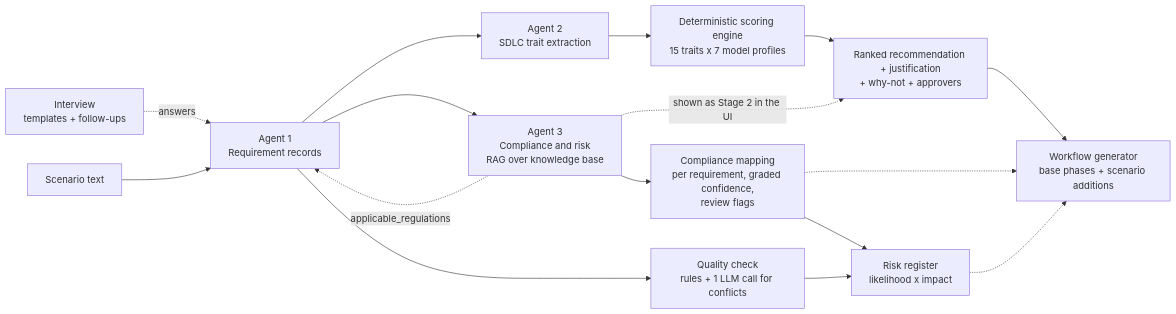
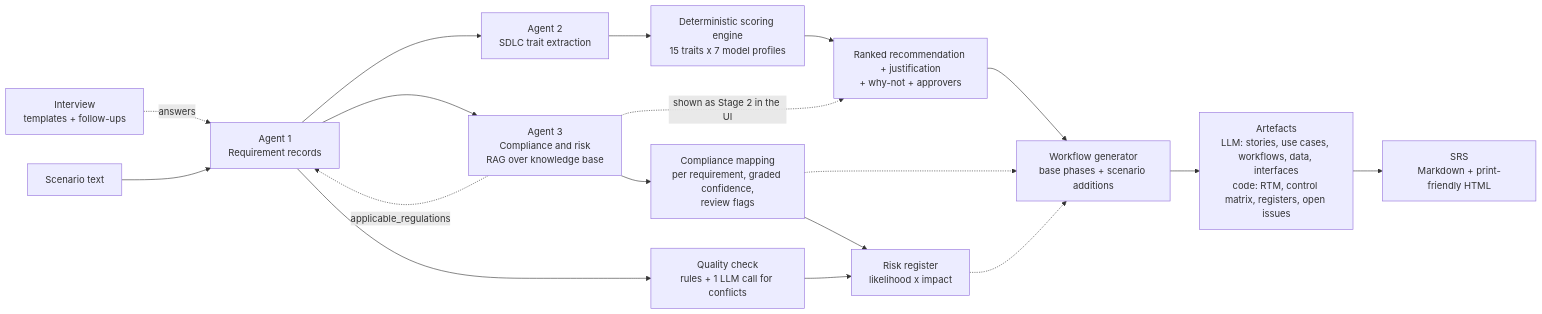
The first of 2 diagrams in docs/ARCHITECTURE.md (darshan-gittygit/se-project), drawn with Mermaid before and after one commit. The commit also changed other lines of this file and 17 other files, not shown here.

Commit message:
Phase 4: requirement artefacts and SRS export

````diff
--- a/docs/ARCHITECTURE.md
+++ b/docs/ARCHITECTURE.md
@@ -9,18 +9,20 @@
 ```mermaid
 flowchart LR
     I[Interview<br/>templates + follow-ups] -. answers .-> B
     A[Scenario text] --> B[Agent 1<br/>Requirement records]
     B --> C[Agent 3<br/>Compliance and risk<br/>RAG over knowledge base]
     C -. applicable_regulations .-> B
     C --> M[Compliance mapping<br/>per requirement, graded confidence,<br/>review flags]
     B --> Q[Quality check<br/>rules + 1 LLM call for conflicts]
     M --> R[Risk register<br/>likelihood x impact]
     Q --> R
     B --> D[Agent 2<br/>SDLC trait extraction]
     D --> E[Deterministic scoring engine<br/>15 traits x 7 model profiles]
     E --> F[Ranked recommendation + justification<br/>+ why-not + approvers]
     F --> W[Workflow generator<br/>base phases + scenario additions]
     M -.-> W
     R -.-> W
+    W --> G[Artefacts<br/>LLM: stories, use cases, workflows, data, interfaces<br/>code: RTM, control matrix, registers, open issues]
+    G --> S[SRS<br/>Markdown + print-friendly HTML]
     C -. shown as Stage 2 in the UI .-> F
 ```
````
